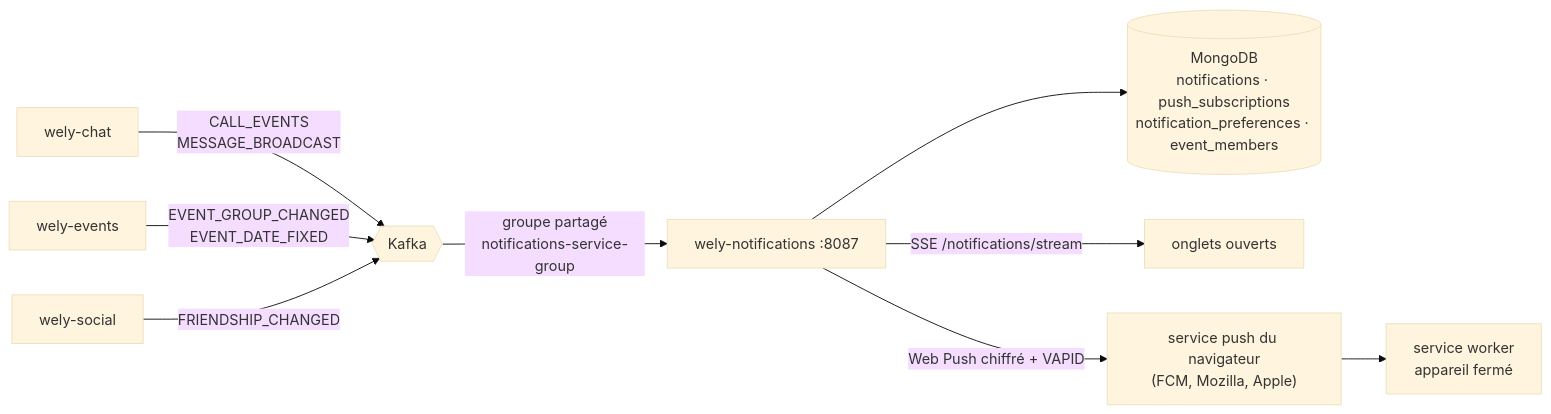
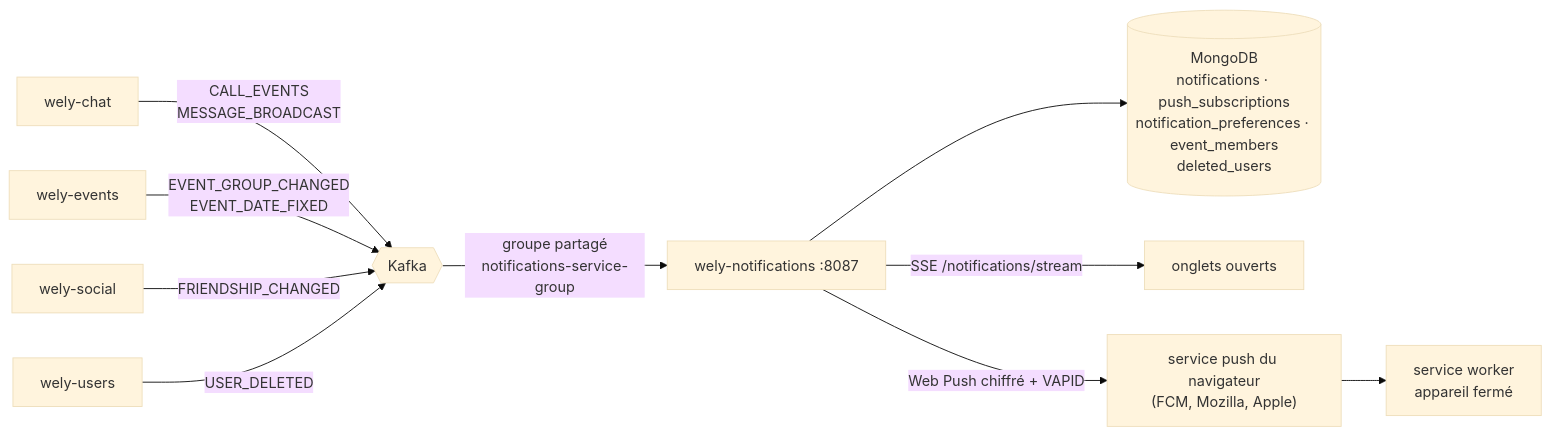
Before and after one commit to WelyLabs/wely-notifications: the diagram in README.md, drawn with Mermaid (base theme). The commit also changed other lines of this file and 55 other files, not shown here.

First line of the commit message:
feat(notifications): erase a deleted account's notifications on USER_DELETED

````diff
--- a/README.md
+++ b/README.md
@@ -39,13 +39,14 @@
 ```mermaid
 graph LR
     CHAT["wely-chat"] -->|"CALL_EVENTS<br/>MESSAGE_BROADCAST"| K{{Kafka}}
     EVT["wely-events"] -->|"EVENT_GROUP_CHANGED<br/>EVENT_DATE_FIXED"| K
     SOC["wely-social"] -->|"FRIENDSHIP_CHANGED"| K
+    USR["wely-users"] -->|"USER_DELETED"| K
 
     K -->|"groupe partagé<br/>notifications-service-group"| N["wely-notifications :8087"]
 
-    N --> DB[("MongoDB<br/>notifications · push_subscriptions<br/>notification_preferences · event_members")]
+    N --> DB[("MongoDB<br/>notifications · push_subscriptions<br/>notification_preferences · event_members<br/>deleted_users")]
     N -->|"SSE /notifications/stream"| WEB["onglets ouverts"]
     N -->|"Web Push chiffré + VAPID"| PS["service push du navigateur<br/>(FCM, Mozilla, Apple)"]
     PS --> SW["service worker<br/>appareil fermé"]
 ```
````
